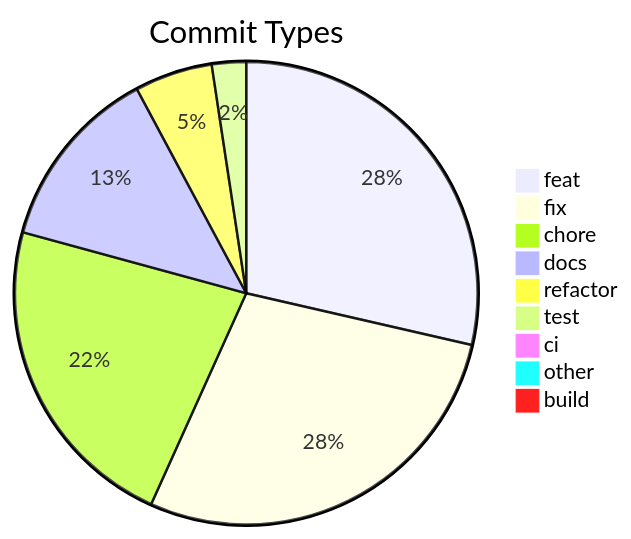
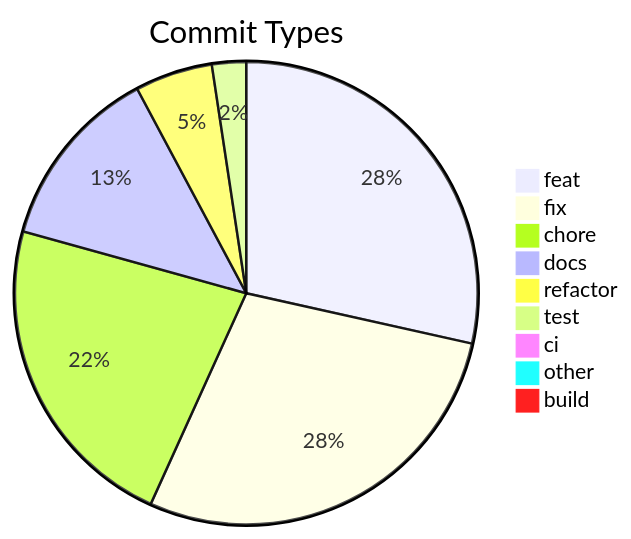
The diagram in .shipwright/compliance/change-history.md (svenroth-ai/shipwright), drawn with Mermaid before and after one commit. The commit also changed other lines of this file and 7 other files, not shown here.

````diff
--- a/.shipwright/compliance/change-history.md
+++ b/.shipwright/compliance/change-history.md
@@ -8,12 +8,12 @@
 ```mermaid
 pie title Commit Types
     "feat" : 263
-    "fix" : 259
-    "chore" : 207
+    "fix" : 261
+    "chore" : 208
     "docs" : 119
     "refactor" : 50
     "test" : 22
     "ci" : 7
     "other" : 7
     "build" : 1
 ```
````
